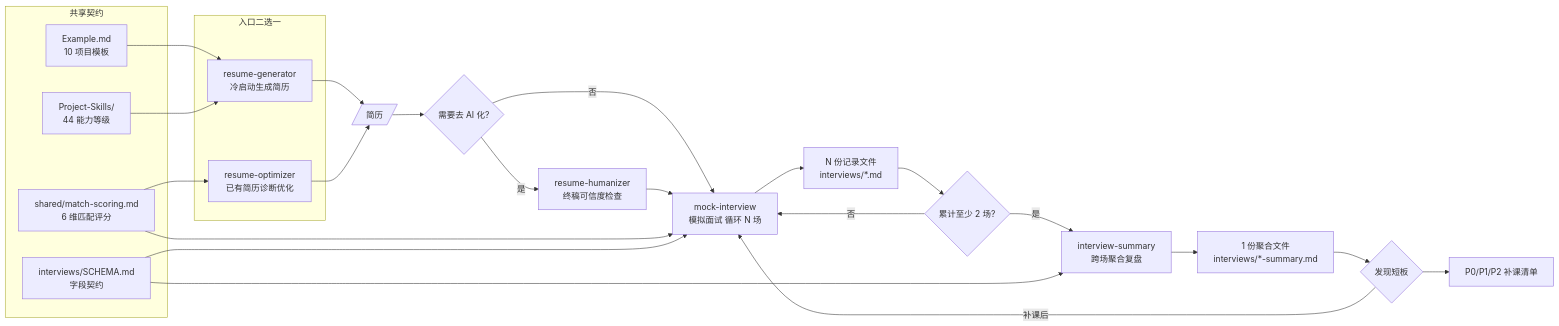
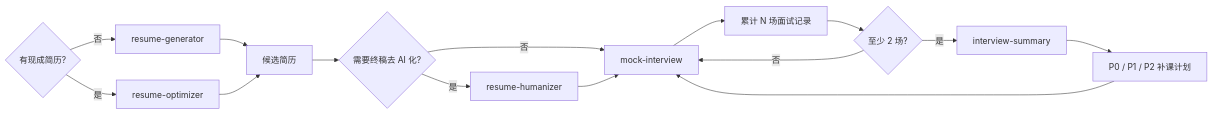
The diagram in README.md (luozijian1990/operator-resume-auto-generate), drawn with Mermaid before and after one commit. The commit also changed other lines of this file, not shown here.

````diff
--- a/README.md
+++ b/README.md
@@ -11,36 +20,18 @@
 ```mermaid
 flowchart LR
-    subgraph 入口[入口二选一]
-        A[resume-generator<br>冷启动生成简历]
-        B[resume-optimizer<br>已有简历诊断优化]
-    end
-
-    subgraph 数据契约[共享契约]
-        T1[Example.md<br>10 项目模板]
-        T2[Project-Skills/<br>44 能力等级]
-        T3[shared/match-scoring.md<br>6 维匹配评分]
-        T4[interviews/SCHEMA.md<br>字段契约]
-    end
-
-    A --> C[/简历/]
-    B --> C
-    C --> D{需要去 AI 化?}
-    D -- 否 --> F
-    D -- 是 --> E[resume-humanizer<br>终稿可信度检查]
-    E --> F[mock-interview<br>模拟面试 循环 N 场]
-    F --> G["N 份记录文件<br>interviews/*.md"]
-    G --> H{累计至少 2 场?}
-    H -- 否 --> F
-    H -- 是 --> I[interview-summary<br>跨场聚合复盘]
-    I --> J["1 份聚合文件<br>interviews/*-summary.md"]
-    J --> K{发现短板}
-    K -- 补课后 --> F
-    K --> L[P0/P1/P2 补课清单]
-
-    T1 --> A
-    T2 --> A
-    T3 --> B
-    T3 --> F
-    T4 --> F
-    T4 --> I
+    A{有现成简历?}
+    A -- 否 --> B[resume-generator]
+    A -- 是 --> C[resume-optimizer]
+    B --> D[候选简历]
+    C --> D
+    D --> E{需要终稿去 AI 化?}
+    E -- 是 --> F[resume-humanizer]
+    E -- 否 --> G[mock-interview]
+    F --> G
+    G --> H[累计 N 场面试记录]
+    H --> I{至少 2 场?}
+    I -- 否 --> G
+    I -- 是 --> J[interview-summary]
+    J --> K[P0 / P1 / P2 补课计划]
+    K --> G
 ```
````
